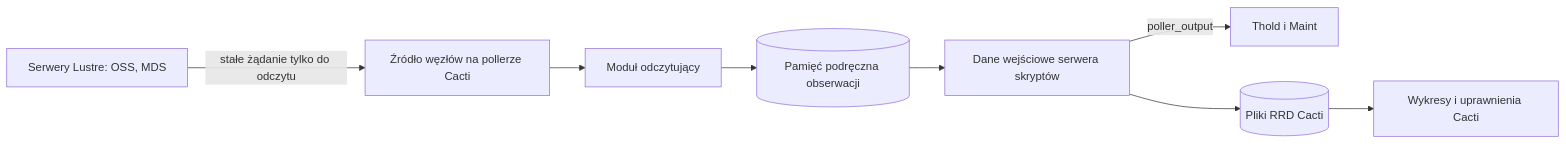
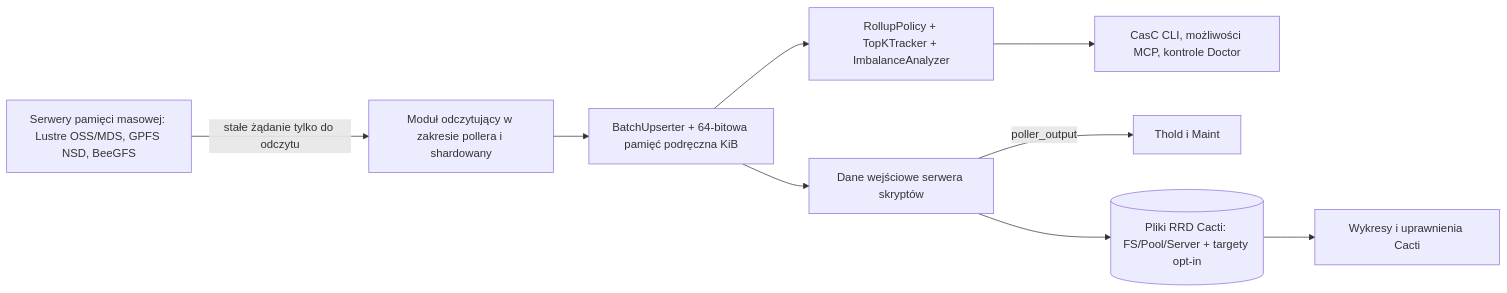
One commit to somethingwithproof/plugin_pfs changed the diagram in docs/i18n/pl-PL/README.md. Above: the diagram before and after it, drawn with Mermaid. The commit also changed other lines of this file and 47 other files, not shown here.

````diff
--- a/docs/i18n/pl-PL/README.md
+++ b/docs/i18n/pl-PL/README.md
@@ -64,10 +72,11 @@
 ```mermaid
 flowchart LR
-    N[Serwery Lustre: OSS, MDS] -->|stałe żądanie tylko do odczytu| S[Źródło węzłów na pollerze Cacti]
-    S --> R[Moduł odczytujący]
-    R --> C[(Pamięć podręczna obserwacji)]
-    C --> SS[Dane wejściowe serwera skryptów]
-    SS -->|poller_output| T[Thold i Maint]
-    SS --> RRD[(Pliki RRD Cacti)]
-    RRD --> G[Wykresy i uprawnienia Cacti]
+    N["Serwery pamięci masowej: Lustre OSS/MDS, GPFS NSD, BeeGFS"] -->|stałe żądanie tylko do odczytu| S["Moduł odczytujący w zakresie pollera i shardowany"]
+    S --> B["BatchUpserter + 64-bitowa pamięć podręczna KiB"]
+    B --> R["RollupPolicy + TopKTracker + ImbalanceAnalyzer"]
+    B --> SS["Dane wejściowe serwera skryptów"]
+    R --> ECO["CasC CLI, możliwości MCP, kontrole Doctor"]
+    SS -->|poller_output| T["Thold i Maint"]
+    SS --> RRD[("Pliki RRD Cacti: FS/Pool/Server + targety opt-in")]
+    RRD --> G["Wykresy i uprawnienia Cacti"]
 ```
````
